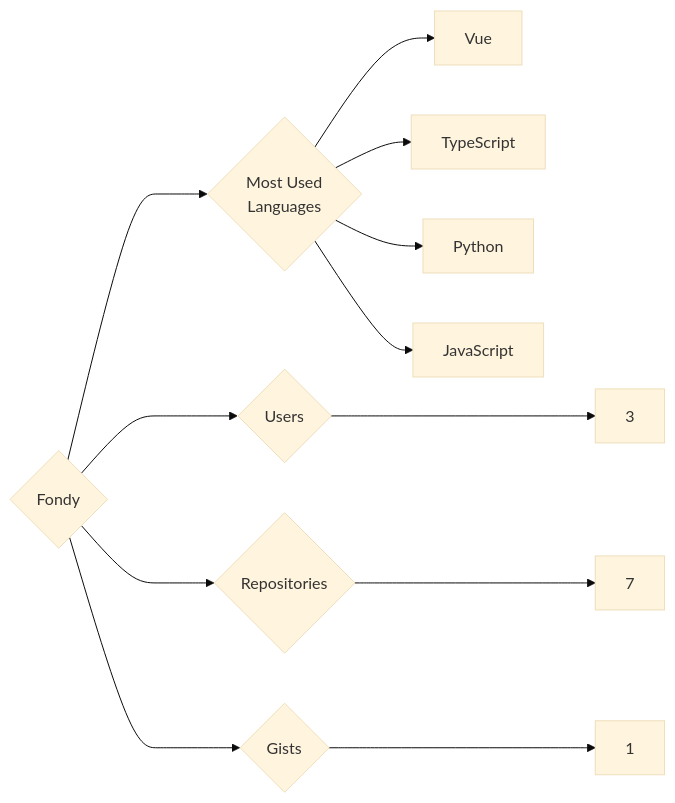
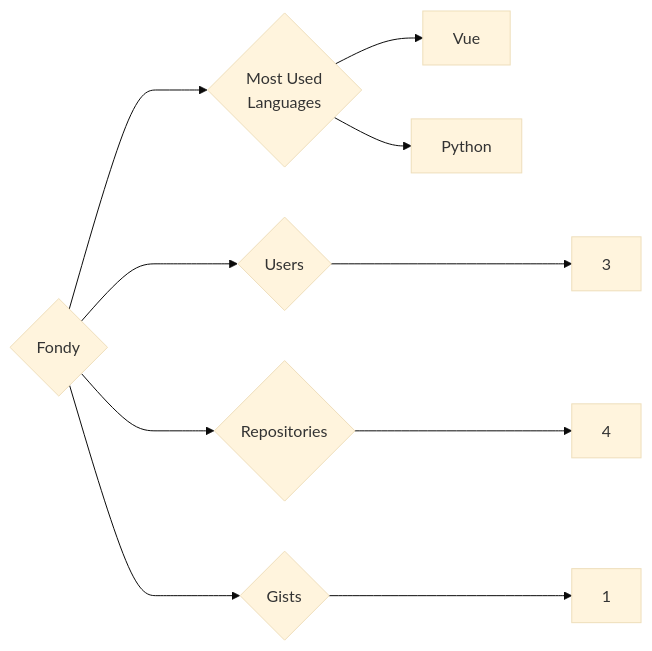
One commit to trickest/insiders changed the diagram in targets/Fondy/README.md. Above: the diagram before and after it, drawn with Mermaid (base theme). The commit also changed 644 other files, not shown here.

````diff
--- a/targets/Fondy/README.md
+++ b/targets/Fondy/README.md
@@ -3,12 +3,10 @@
 ```mermaid
 graph LR
 COMPANY_NAME{Fondy}
 COMPANY_NAME ---> U{Users} ---> UN[3]
-COMPANY_NAME ---> R{Repositories} ---> RN[7]
+COMPANY_NAME ---> R{Repositories} ---> RN[4]
 COMPANY_NAME ---> G{Gists} ---> GN[1]
 COMPANY_NAME ---> ML{Most Used<br>Languages}
 ML --> Vue[Vue]
-ML --> TypeScript[TypeScript]
 ML --> Python[Python]
-ML --> JavaScript[JavaScript]
 ```
````
